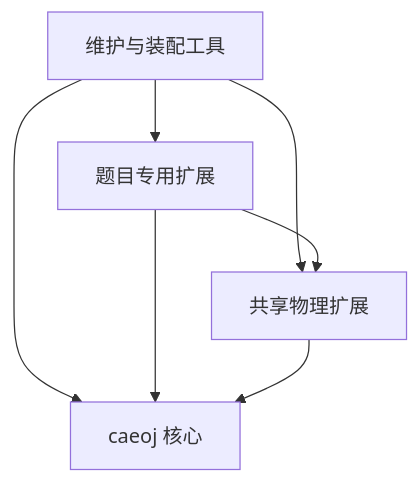
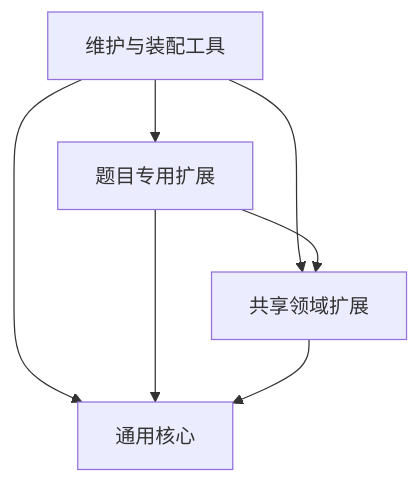
The diagram in qbank/design/CORE-AND-EXTENSIONS.md (AXeonV/CAE-Bench), drawn with Mermaid before and after one commit. The commit also changed other lines of this file and 74 other files, not shown here.

````diff
--- a/qbank/design/CORE-AND-EXTENSIONS.md
+++ b/qbank/design/CORE-AND-EXTENSIONS.md
@@ -93,9 +20,9 @@
 ```mermaid
 flowchart TD
     Tools[维护与装配工具] --> Task[题目专用扩展]
-    Tools --> Shared[共享物理扩展]
-    Tools --> Core[caeoj 核心]
+    Tools --> Shared[共享领域扩展]
+    Tools --> Core[通用核心]
     Task --> Shared
     Task --> Core
     Shared --> Core
 ```
````
